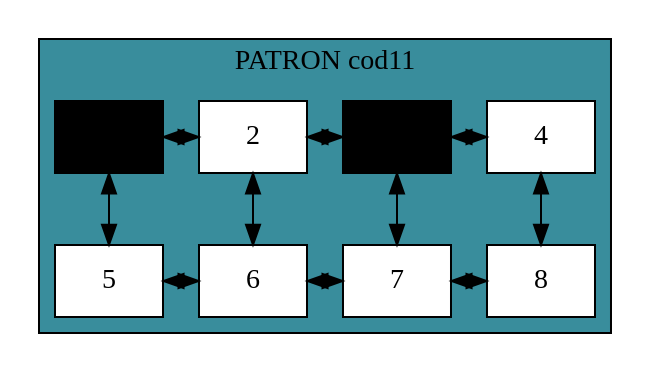
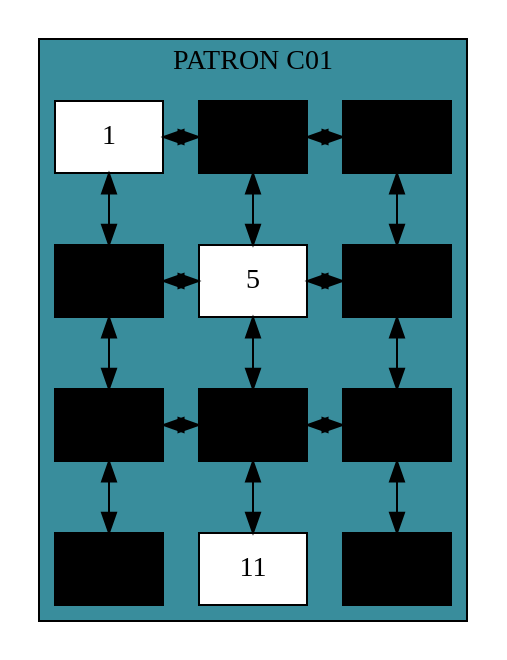
One commit to YeniferYoc/IPC2_Proyecto1_201952336 changed the diagram in patron_final.dot. Above: the diagram before and after it, drawn with Graphviz. The commit also changed 11 other files, not shown here.

```diff
--- a/patron_final.dot
+++ b/patron_final.dot
@@ -1,1 +1,1 @@
-digraph L{node[shape = box fillcolor = "#FFEDBB" style  = filled]subgraph cluster_p{label= "PATRON cod11"bgcolor = "#398D9C"edge [dir = "both"]celda1[label= "1", fillcolor =black, group = 2 ];celda2[label= "2", fillcolor =white, group = 2 ];celda3[label= "3", fillcolor =black, group = 2 ];celda4[label= "4", fillcolor =white, group = 2 ];celda5[label= "5", fillcolor =white, group = 2 ];celda6[label= "6", fillcolor =white, group = 2 ];celda7[label= "7", fillcolor =white, group = 2 ];celda8[label= "8", fillcolor =white, group = 2 ];celda1->celda2;celda2->celda3;celda3->celda4;celda5->celda6;celda6->celda7;celda7->celda8;{rank = same;celda1;celda2;celda3;celda4;}{rank = same;celda5;celda6;celda7;celda8;}celda1->celda5;celda2->celda6;celda3->celda7;celda4->celda8;}}
+digraph L{node[shape = box fillcolor = "#FFEDBB" style  = filled]subgraph cluster_p{label= "PATRON C01"bgcolor = "#398D9C"edge [dir = "both"]celda1[label= "1", fillcolor =white, group = 2 ];celda2[label= "2", fillcolor =black, group = 2 ];celda3[label= "3", fillcolor =black, group = 2 ];celda4[label= "4", fillcolor =black, group = 2 ];celda5[label= "5", fillcolor =white, group = 2 ];celda6[label= "6", fillcolor =black, group = 2 ];celda7[label= "7", fillcolor =black, group = 2 ];celda8[label= "8", fillcolor =black, group = 2 ];celda9[label= "9", fillcolor =black, group = 2 ];celda10[label= "10", fillcolor =black, group = 2 ];celda11[label= "11", fillcolor =white, group = 2 ];celda12[label= "12", fillcolor =black, group = 2 ];celda1->celda2;celda2->celda3;celda4->celda5;celda5->celda6;celda7->celda8;celda8->celda9;{rank = same;celda1;celda2;celda3;}{rank = same;celda4;celda5;celda6;}{rank = same;celda7;celda8;celda9;}celda1->celda4;celda4->celda7;celda7->celda10;celda2->celda5;celda5->celda8;celda8->celda11;celda3->celda6;celda6->celda9;celda9->celda12;}}
```
